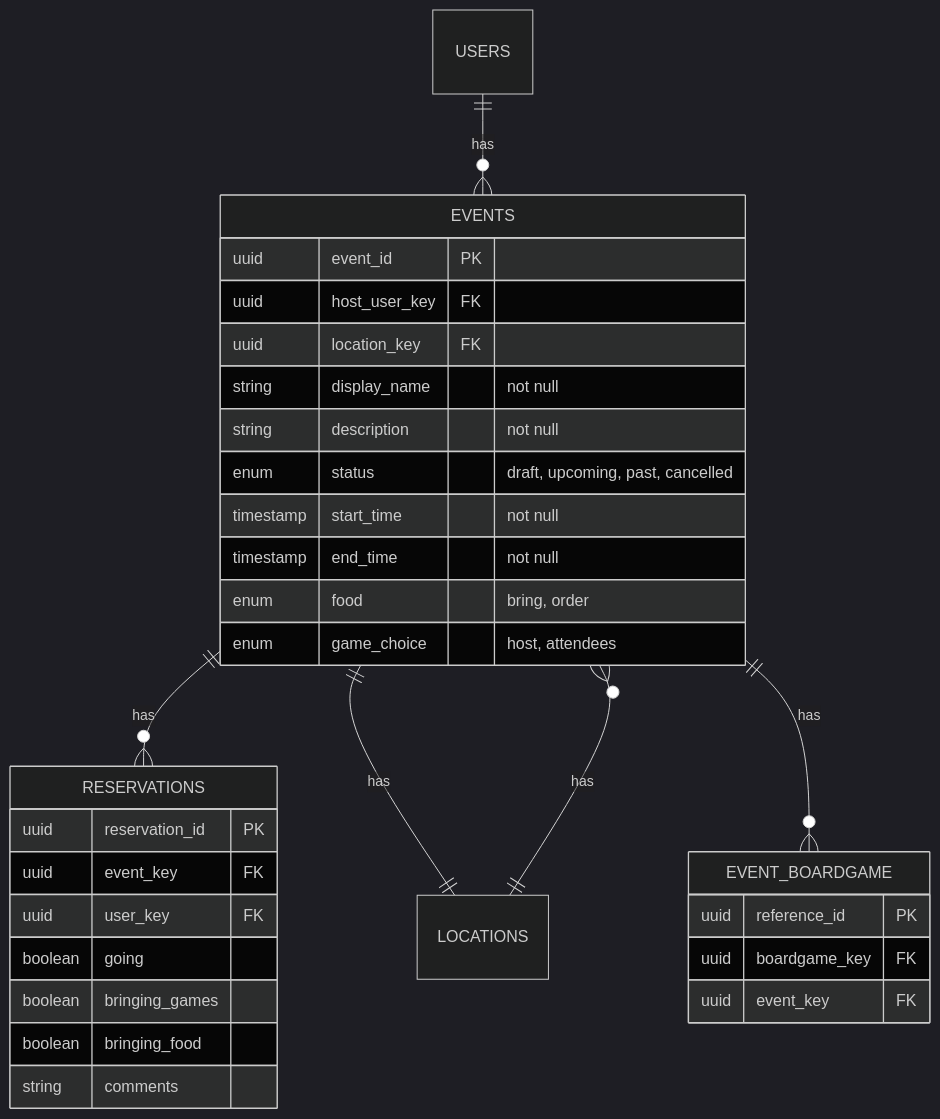
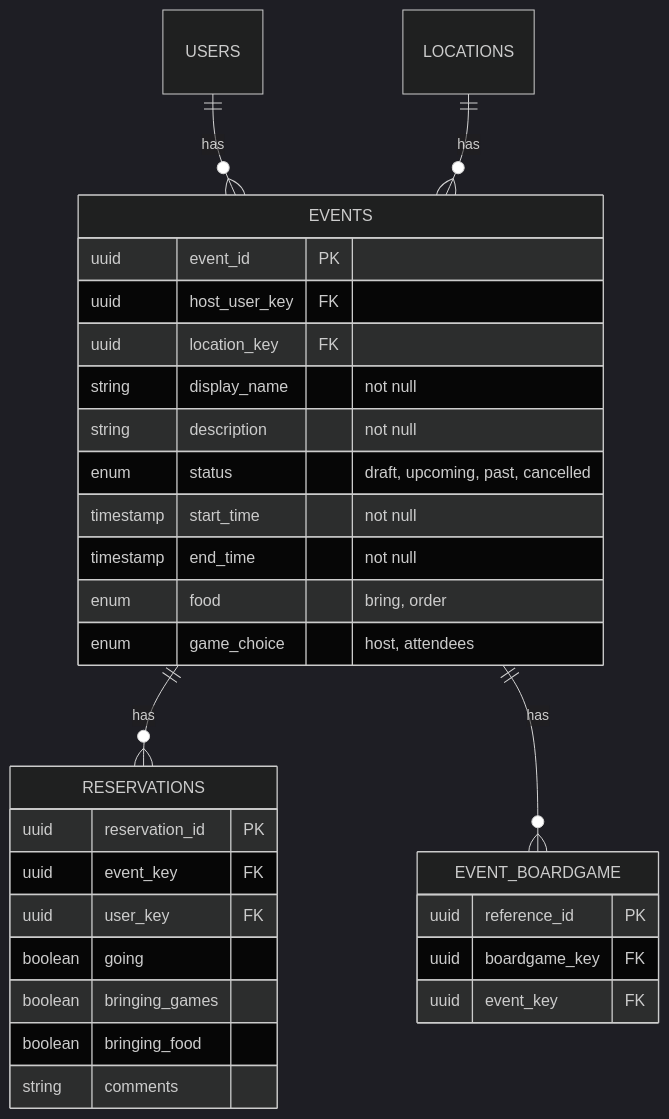
One commit to game-night-dot-gay/game-night changed the diagram in documentation/design/EVENT_MANAGEMENT.md. Above: the diagram before and after it, drawn with Mermaid (dark theme).

````diff
--- a/documentation/design/EVENT_MANAGEMENT.md
+++ b/documentation/design/EVENT_MANAGEMENT.md
@@ -23,35 +23,34 @@
 ```mermaid
 erDiagram
     EVENTS {
         uuid event_id PK
         uuid host_user_key FK
         uuid location_key FK
         string display_name "not null"
         string description "not null"
         enum status "draft, upcoming, past, cancelled"
         timestamp start_time "not null"
         timestamp end_time "not null"
         enum food "bring, order"
         enum game_choice "host, attendees"
     }
     EVENT_BOARDGAME{
         uuid reference_id PK
         uuid boardgame_key FK
         uuid event_key FK
     }
     RESERVATIONS {
         uuid reservation_id PK
         uuid event_key FK
         uuid user_key FK
         boolean going
         boolean bringing_games
         boolean bringing_food
         string comments
     }
 
     USERS     ||--o{ EVENTS : has
     EVENTS    ||--o{ RESERVATIONS : has
-    EVENTS    ||--|| LOCATIONS : has
     LOCATIONS ||--o{ EVENTS : has
     EVENTS    ||--o{ EVENT_BOARDGAME : has
 ```
````
